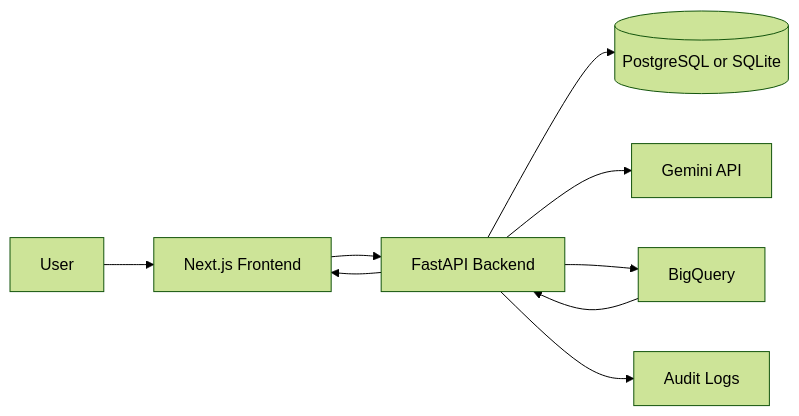
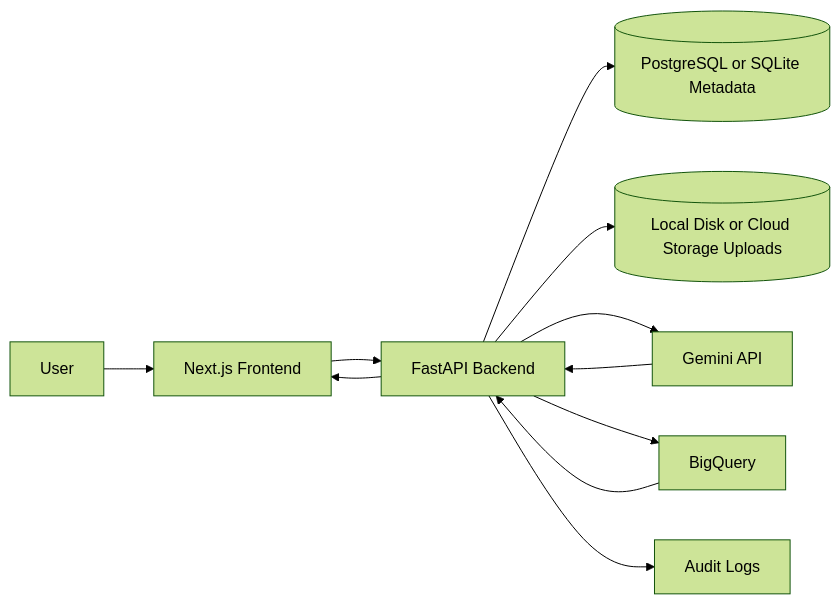
Before and after one commit to Manan2606/QueryShield_AI: the diagram in docs/architecture.md, drawn with Mermaid (forest theme). The commit also changed other lines of this file and 35 other files, not shown here.

````diff
--- a/docs/architecture.md
+++ b/docs/architecture.md
@@ -25,11 +31,13 @@
 ```mermaid
 flowchart LR
     U[User] --> F[Next.js Frontend]
     F --> B[FastAPI Backend]
-    B --> P[(PostgreSQL or SQLite)]
+    B --> P[(PostgreSQL or SQLite Metadata)]
+    B --> O[(Local Disk or Cloud Storage Uploads)]
     B --> G[Gemini API]
     B --> Q[BigQuery]
     B --> L[Audit Logs]
     Q --> B
+    G --> B
     B --> F
 ```
````
